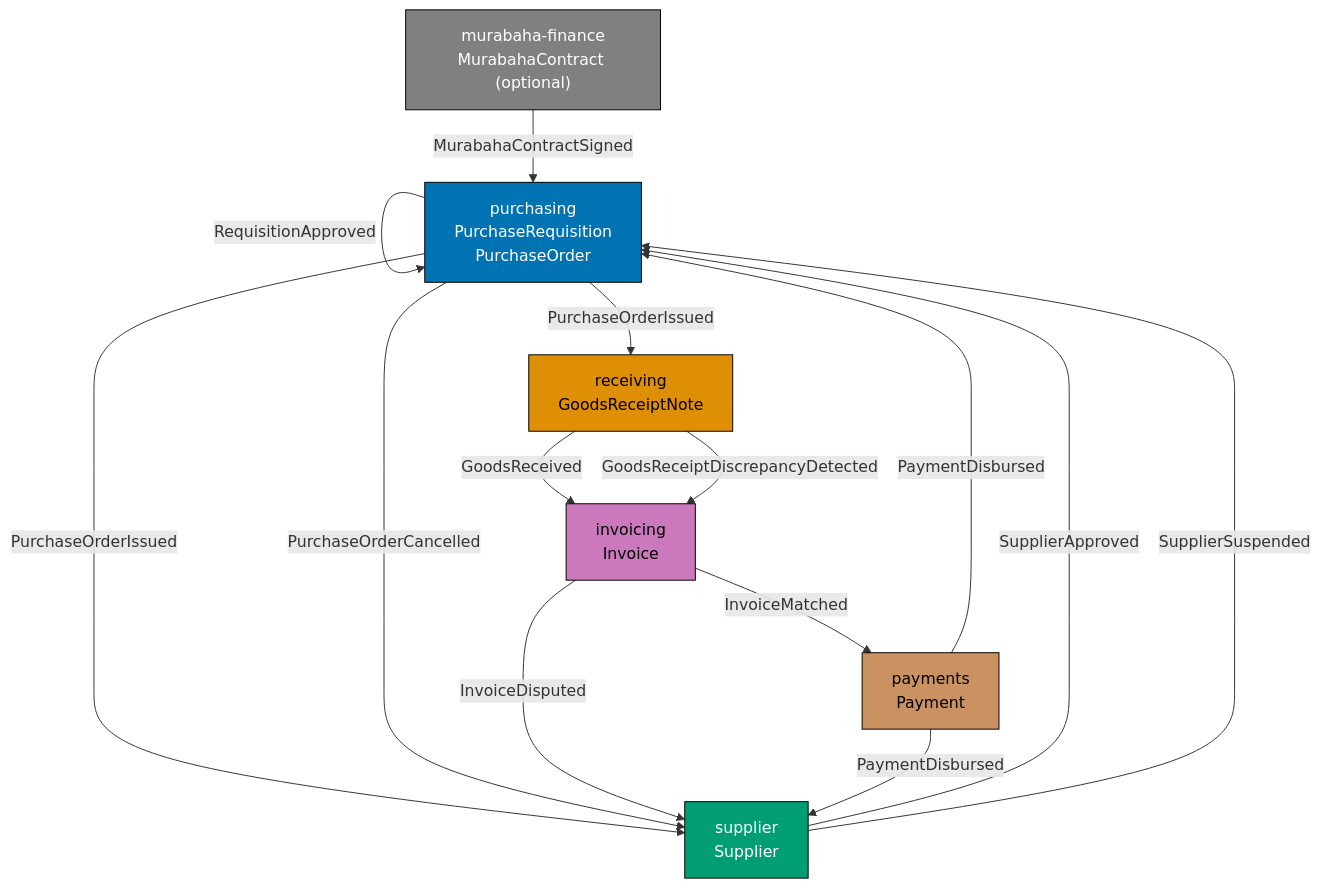
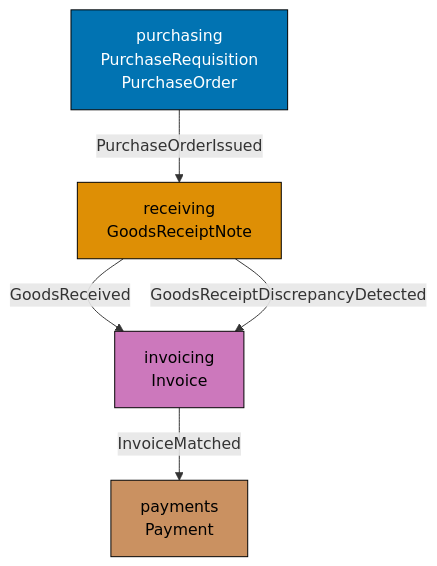
The ninth of 14 diagrams in apps/ayokoding-web/content/en/learn/software-engineering/software-architecture/domain-driven-design-ddd/in-fp-by-example/advanced.md (wahidyankf/open-sharia-enterprise), drawn with Mermaid before and after one commit. The commit also changed other lines of this file and 11 other files, not shown here.

First line of the commit message:
fix(ayokoding-web): repair 28 mermaid violations in expansion files

````diff
--- a/apps/ayokoding-web/content/en/learn/software-engineering/software-architecture/domain-driven-design-ddd/in-fp-by-example/advanced.md
+++ b/apps/ayokoding-web/content/en/learn/software-engineering/software-architecture/domain-driven-design-ddd/in-fp-by-example/advanced.md
@@ -4563,30 +4577,17 @@
 ```mermaid
 graph TD
     P["purchasing\nPurchaseRequisition\nPurchaseOrder"]
-    S["supplier\nSupplier"]
     R["receiving\nGoodsReceiptNote"]
     I["invoicing\nInvoice"]
     PA["payments\nPayment"]
-    MF["murabaha-finance\nMurabahaContract (optional)"]
 
     P -- "PurchaseOrderIssued" --> R
-    P -- "PurchaseOrderIssued" --> S
-    P -- "PurchaseOrderCancelled" --> S
-    P -- "RequisitionApproved" --> P
-    S -- "SupplierApproved" --> P
-    S -- "SupplierSuspended" --> P
     R -- "GoodsReceived" --> I
     R -- "GoodsReceiptDiscrepancyDetected" --> I
     I -- "InvoiceMatched" --> PA
-    I -- "InvoiceDisputed" --> S
-    PA -- "PaymentDisbursed" --> P
-    PA -- "PaymentDisbursed" --> S
-    MF -- "MurabahaContractSigned" --> P
 
     style P  fill:#0173B2,stroke:#000,color:#fff
-    style S  fill:#029E73,stroke:#000,color:#fff
     style R  fill:#DE8F05,stroke:#000,color:#000
     style I  fill:#CC78BC,stroke:#000,color:#000
     style PA fill:#CA9161,stroke:#000,color:#000
-    style MF fill:#808080,stroke:#000,color:#fff
 ```
````
